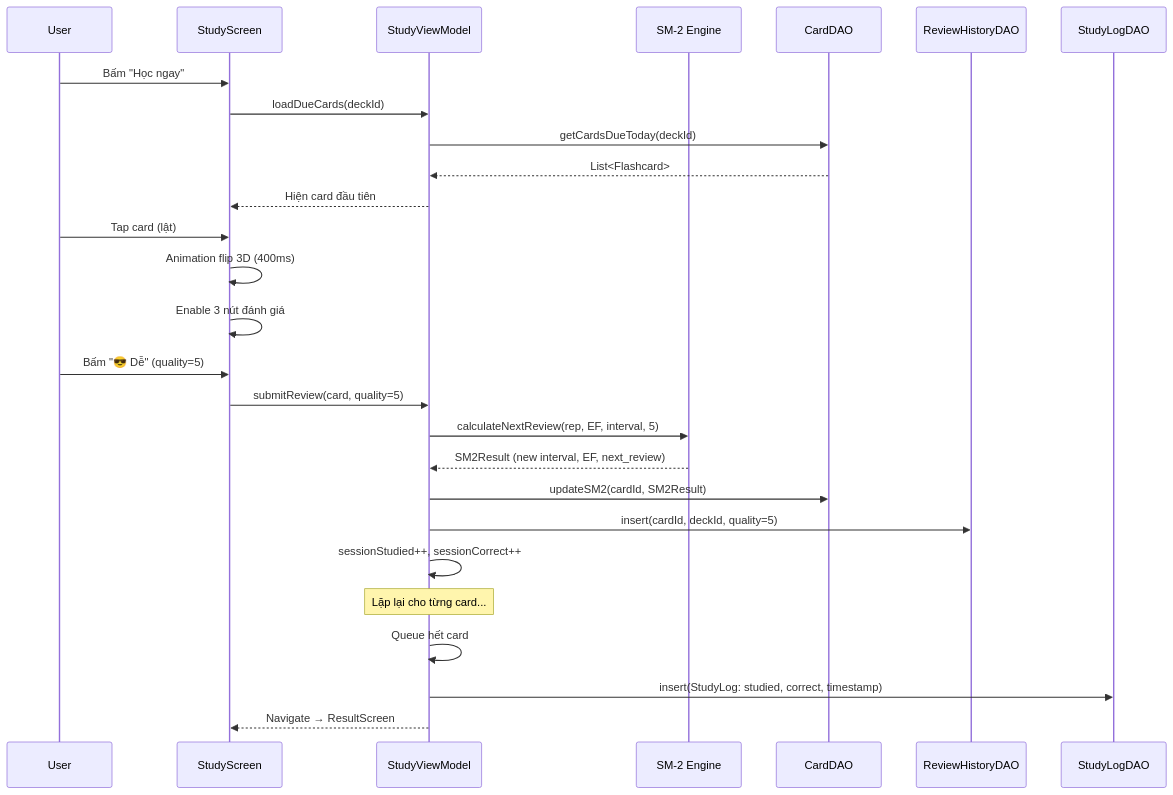
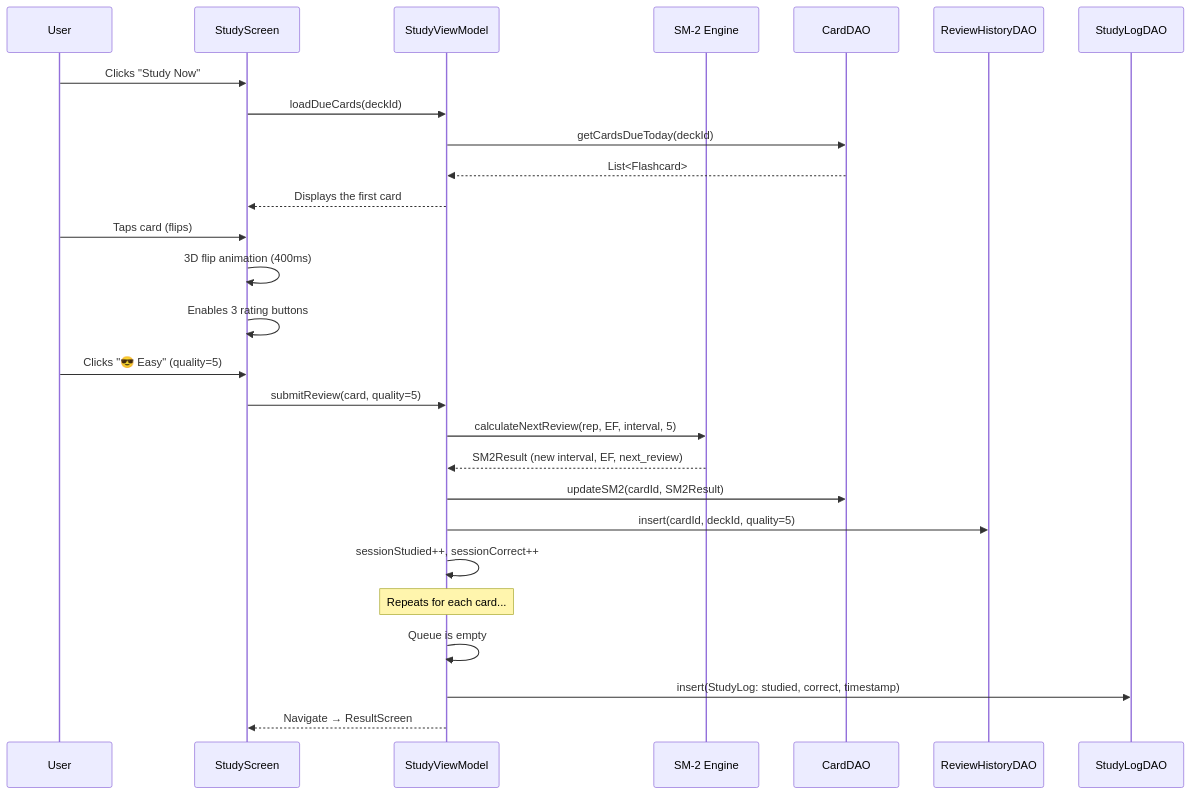
The second of 4 diagrams in docs/architecture.md (githubuser2777/ZenFlashCard), drawn with Mermaid before and after one commit. The commit also changed other lines of this file and 7 other files, not shown here.

````diff
--- a/docs/architecture.md
+++ b/docs/architecture.md
@@ -66,34 +66,34 @@
 ```mermaid
 sequenceDiagram
     participant U as User
     participant S as StudyScreen
     participant VM as StudyViewModel
     participant SM as SM-2 Engine
     participant CD as CardDAO
     participant RH as ReviewHistoryDAO
     participant SL as StudyLogDAO
 
-    U->>S: Bấm "Học ngay"
+    U->>S: Clicks "Study Now"
     S->>VM: loadDueCards(deckId)
     VM->>CD: getCardsDueToday(deckId)
     CD-->>VM: List<Flashcard>
-    VM-->>S: Hiện card đầu tiên
+    VM-->>S: Displays the first card
 
-    U->>S: Tap card (lật)
-    S->>S: Animation flip 3D (400ms)
-    S->>S: Enable 3 nút đánh giá
+    U->>S: Taps card (flips)
+    S->>S: 3D flip animation (400ms)
+    S->>S: Enables 3 rating buttons
 
-    U->>S: Bấm "😎 Dễ" (quality=5)
+    U->>S: Clicks "😎 Easy" (quality=5)
     S->>VM: submitReview(card, quality=5)
     VM->>SM: calculateNextReview(rep, EF, interval, 5)
     SM-->>VM: SM2Result (new interval, EF, next_review)
     VM->>CD: updateSM2(cardId, SM2Result)
     VM->>RH: insert(cardId, deckId, quality=5)
     VM->>VM: sessionStudied++, sessionCorrect++
 
-    Note over VM: Lặp lại cho từng card...
+    Note over VM: Repeats for each card...
 
-    VM->>VM: Queue hết card
+    VM->>VM: Queue is empty
     VM->>SL: insert(StudyLog: studied, correct, timestamp)
     VM-->>S: Navigate → ResultScreen
 ```
````
